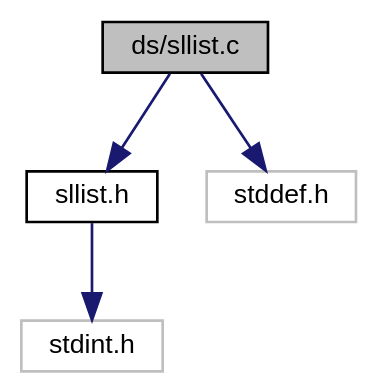
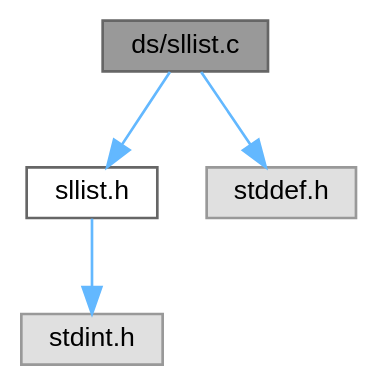
One commit to ebs-universe/piolib-ds changed the diagram in sllist_8c__incl.dot. Above: the diagram before and after it, drawn with Graphviz. The commit also changed 536 other files, not shown here.

```diff
--- a/sllist_8c__incl.dot
+++ b/sllist_8c__incl.dot
@@ -1,15 +1,15 @@
 digraph "ds/sllist.c"
 {
  // INTERACTIVE_SVG=YES
  // LATEX_PDF_SIZE
   bgcolor="transparent";
-  edge [fontname="Helvetica",fontsize="10",labelfontname="Helvetica",labelfontsize="10"];
-  node [fontname="Helvetica",fontsize="10",shape=record];
-  Node1 [label="ds/sllist.c",height=0.2,width=0.4,color="black", fillcolor="grey75", style="filled", fontcolor="black",tooltip="Implementation of the sorted linked list.."];
-  Node1 -> Node2 [color="midnightblue",fontsize="10",style="solid",fontname="Helvetica"];
-  Node2 [label="sllist.h",height=0.2,width=0.4,color="black",URL="$sllist_8h_source.html",tooltip=" "];
-  Node2 -> Node3 [color="midnightblue",fontsize="10",style="solid",fontname="Helvetica"];
-  Node3 [label="stdint.h",height=0.2,width=0.4,color="grey75",tooltip=" "];
-  Node1 -> Node4 [color="midnightblue",fontsize="10",style="solid",fontname="Helvetica"];
-  Node4 [label="stddef.h",height=0.2,width=0.4,color="grey75",tooltip=" "];
+  edge [fontname=Helvetica,fontsize=10,labelfontname=Helvetica,labelfontsize=10];
+  node [fontname=Helvetica,fontsize=10,shape=box,height=0.2,width=0.4];
+  Node1 [id="Node000001",label="ds/sllist.c",height=0.2,width=0.4,color="gray40", fillcolor="grey60", style="filled", fontcolor="black",tooltip="Implementation of the sorted linked list.."];
+  Node1 -> Node2 [id="edge1_Node000001_Node000002",color="steelblue1",style="solid",tooltip=" "];
+  Node2 [id="Node000002",label="sllist.h",height=0.2,width=0.4,color="grey40", fillcolor="white", style="filled",URL="$sllist_8h.html",tooltip=" "];
+  Node2 -> Node3 [id="edge2_Node000002_Node000003",color="steelblue1",style="solid",tooltip=" "];
+  Node3 [id="Node000003",label="stdint.h",height=0.2,width=0.4,color="grey60", fillcolor="#E0E0E0", style="filled",tooltip=" "];
+  Node1 -> Node4 [id="edge3_Node000001_Node000004",color="steelblue1",style="solid",tooltip=" "];
+  Node4 [id="Node000004",label="stddef.h",height=0.2,width=0.4,color="grey60", fillcolor="#E0E0E0", style="filled",tooltip=" "];
 }
```
